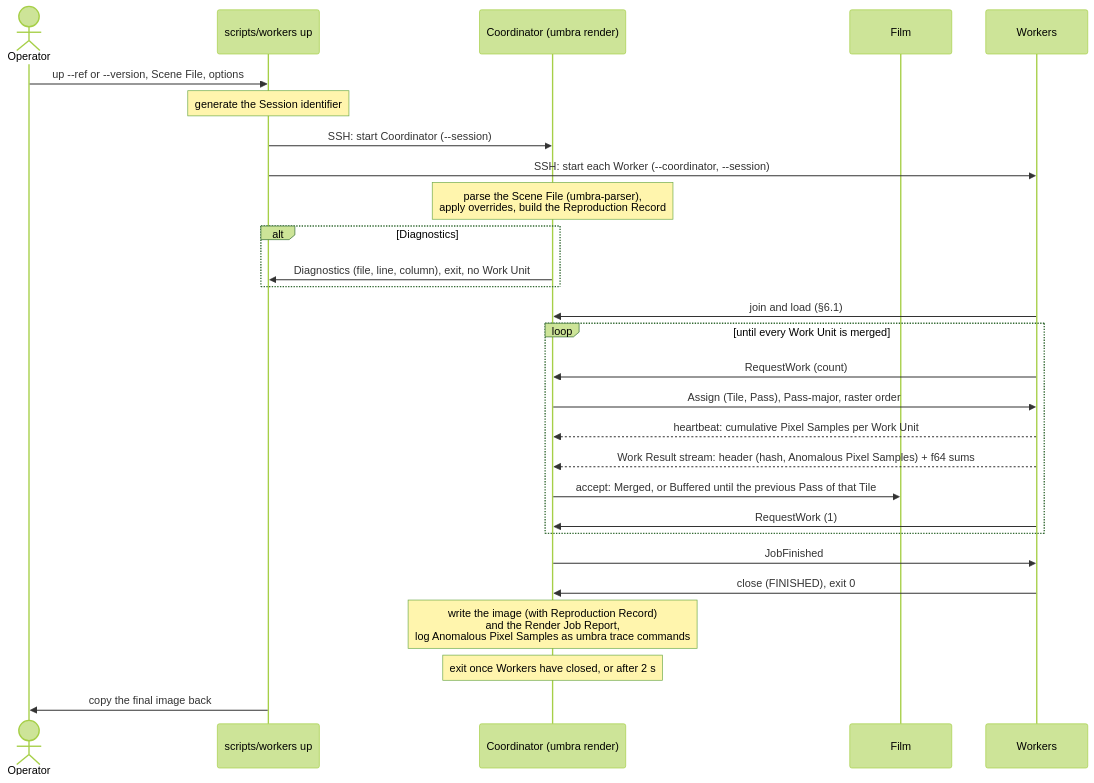
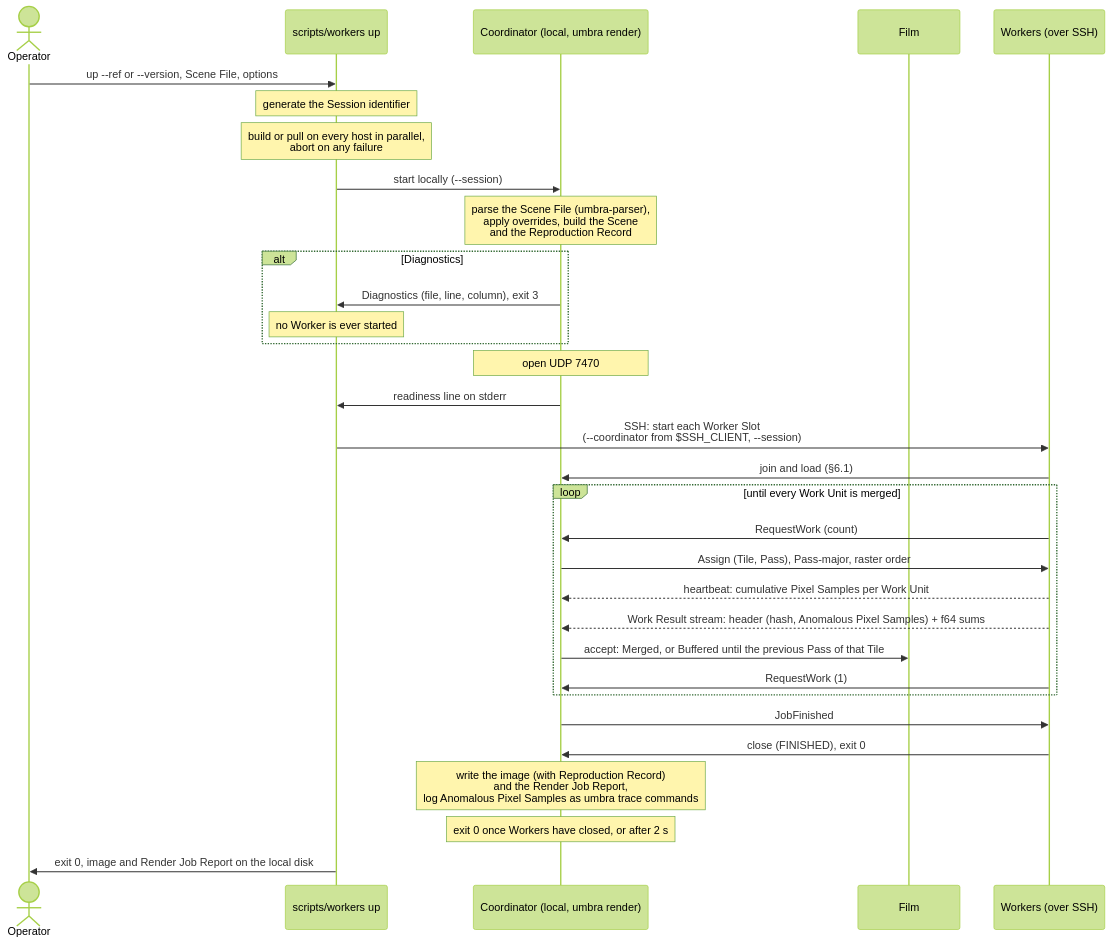
One commit to sergioffpc/umbra changed the second of 6 diagrams in docs/architecture/06-runtime-view.md. Above: the diagram before and after it, drawn with Mermaid (forest theme). The commit also changed other lines of this file, not shown here.

First line of the commit message:
docs: align runtime scenarios with session start-up decisions

````diff
--- a/docs/architecture/06-runtime-view.md
+++ b/docs/architecture/06-runtime-view.md
@@ -46,30 +46,34 @@
 ```mermaid
 sequenceDiagram
     actor O as Operator
     participant S as scripts/workers up
-    participant C as Coordinator (umbra render)
+    participant C as Coordinator (local, umbra render)
     participant F as Film
-    participant W as Workers
+    participant W as Workers (over SSH)
     O->>S: up --ref or --version, Scene File, options
     Note over S: generate the Session identifier
-    S->>C: SSH: start Coordinator (--session)
-    S->>W: SSH: start each Worker (--coordinator, --session)
-    Note over C: parse the Scene File (umbra-parser),<br/>apply overrides, build the Reproduction Record
+    Note over S: build or pull on every host in parallel,<br/>abort on any failure
+    S->>C: start locally (--session)
+    Note over C: parse the Scene File (umbra-parser),<br/>apply overrides, build the Scene<br/>and the Reproduction Record
     alt Diagnostics
-        C->>S: Diagnostics (file, line, column), exit, no Work Unit
+        C->>S: Diagnostics (file, line, column), exit 3
+        Note over S: no Worker is ever started
     end
+    Note over C: open UDP 7470
+    C->>S: readiness line on stderr
+    S->>W: SSH: start each Worker Slot<br/>(--coordinator from $SSH_CLIENT, --session)
     W->>C: join and load (§6.1)
     loop until every Work Unit is merged
         W->>C: RequestWork (count)
         C->>W: Assign (Tile, Pass), Pass-major, raster order
         W-->>C: heartbeat: cumulative Pixel Samples per Work Unit
         W-->>C: Work Result stream: header (hash, Anomalous Pixel Samples) + f64 sums
         C->>F: accept: Merged, or Buffered until the previous Pass of that Tile
         W->>C: RequestWork (1)
     end
     C->>W: JobFinished
     W->>C: close (FINISHED), exit 0
     Note over C: write the image (with Reproduction Record)<br/>and the Render Job Report,<br/>log Anomalous Pixel Samples as umbra trace commands
-    Note over C: exit once Workers have closed, or after 2 s
-    S->>O: copy the final image back
+    Note over C: exit 0 once Workers have closed, or after 2 s
+    S->>O: exit 0, image and Render Job Report on the local disk
 ```
````
